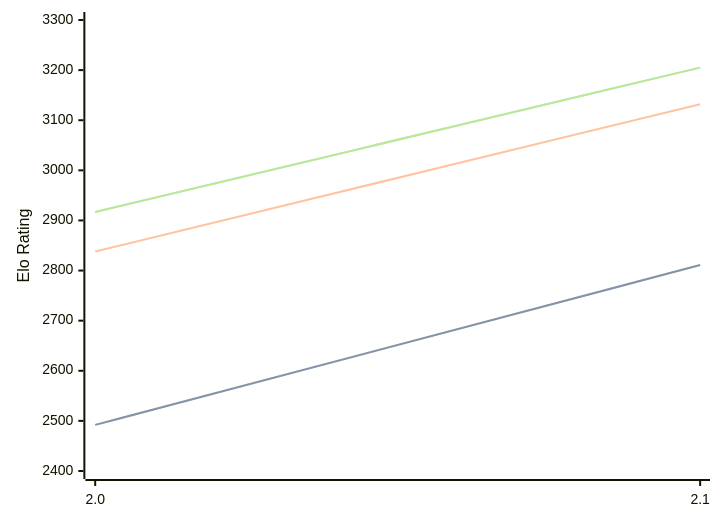
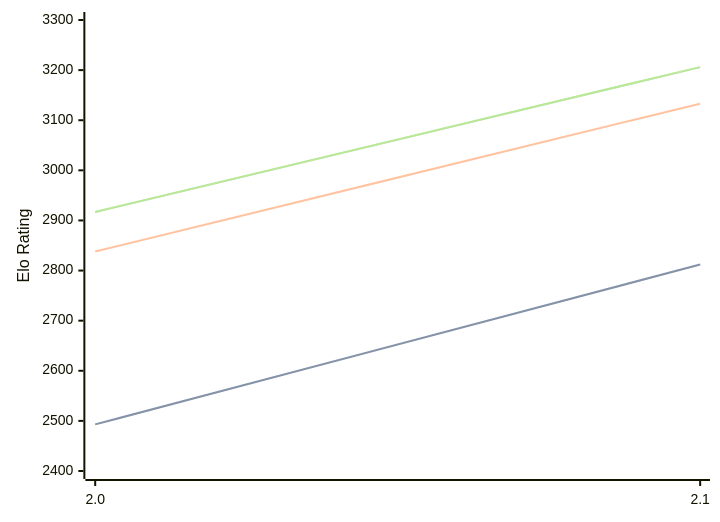
The diagram in engines/Tunguska.md (computer-chess-index/cci), drawn with Mermaid before and after one commit. The commit also changed other lines of this file, not shown here.

Commit message:
Update CCI Ratings (ELO VLTC) - 2026-07-24

````diff
--- a/engines/Tunguska.md
+++ b/engines/Tunguska.md
@@ -32,11 +32,11 @@
 ```mermaid
 %%{init: {"theme":"base","themeVariables":{"seriesColors:['#a3a3a3','#222221','#faa371']}}}%%
 xychart-beta
   x-axis ["2.0", "2.1"]
   y-axis "Elo Rating" 2400 --> 3300
-  line "STC (8.0+0.08s)" [2492, 2811]
-  line "STC (8.0+0.08s)" [2492, 2811]
-  line "LTC (60.0+0.60s)" [2838, 3132]
-  line "VLTC (2m24s+1.12s)" [2917, 3205]
-  line "VLTC (2m24s+1.12s)" [2917, 3205]
+  line "STC (8.0+0.08s)" [2493, 2812]
+  line "STC (8.0+0.08s)" [2493, 2812]
+  line "LTC (60.0+0.60s)" [2838, 3133]
+  line "VLTC (2m24s+1.12s)" [2917, 3206]
+  line "VLTC (2m24s+1.12s)" [2917, 3206]
 ```
````
